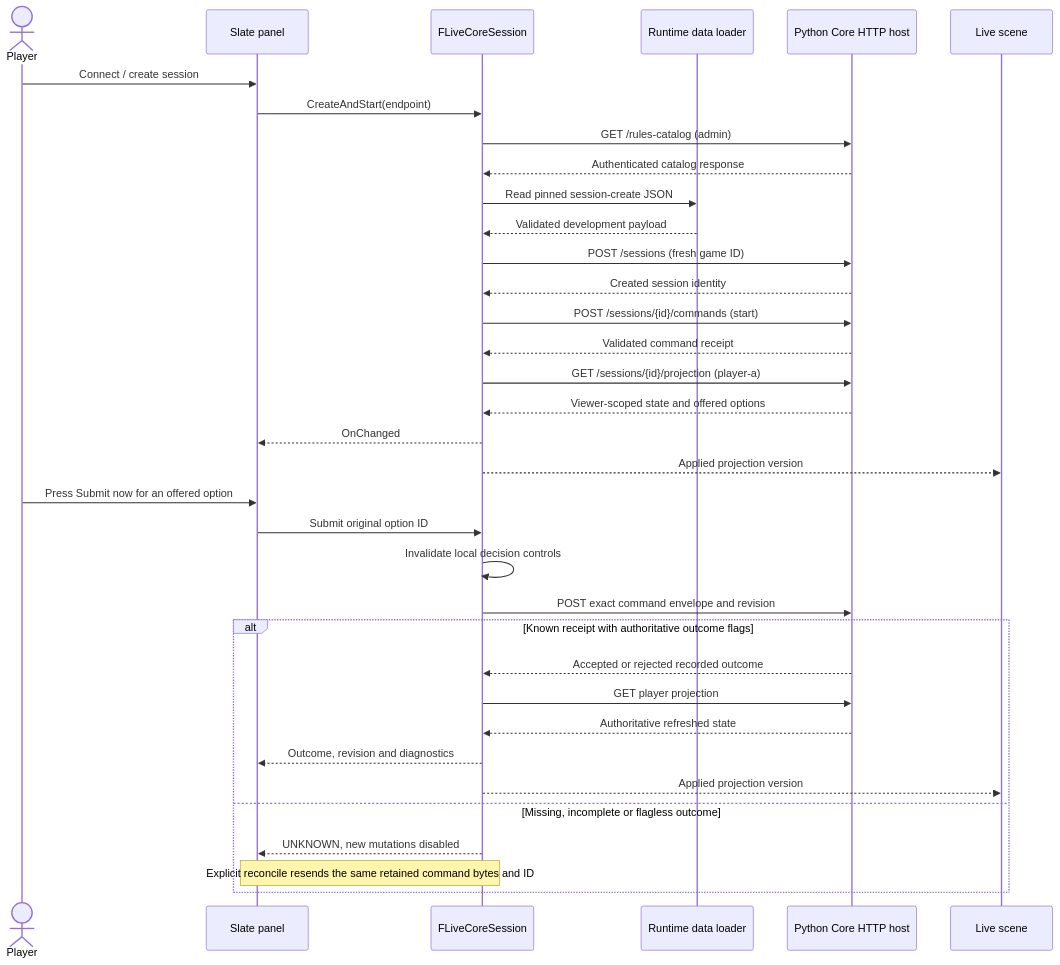
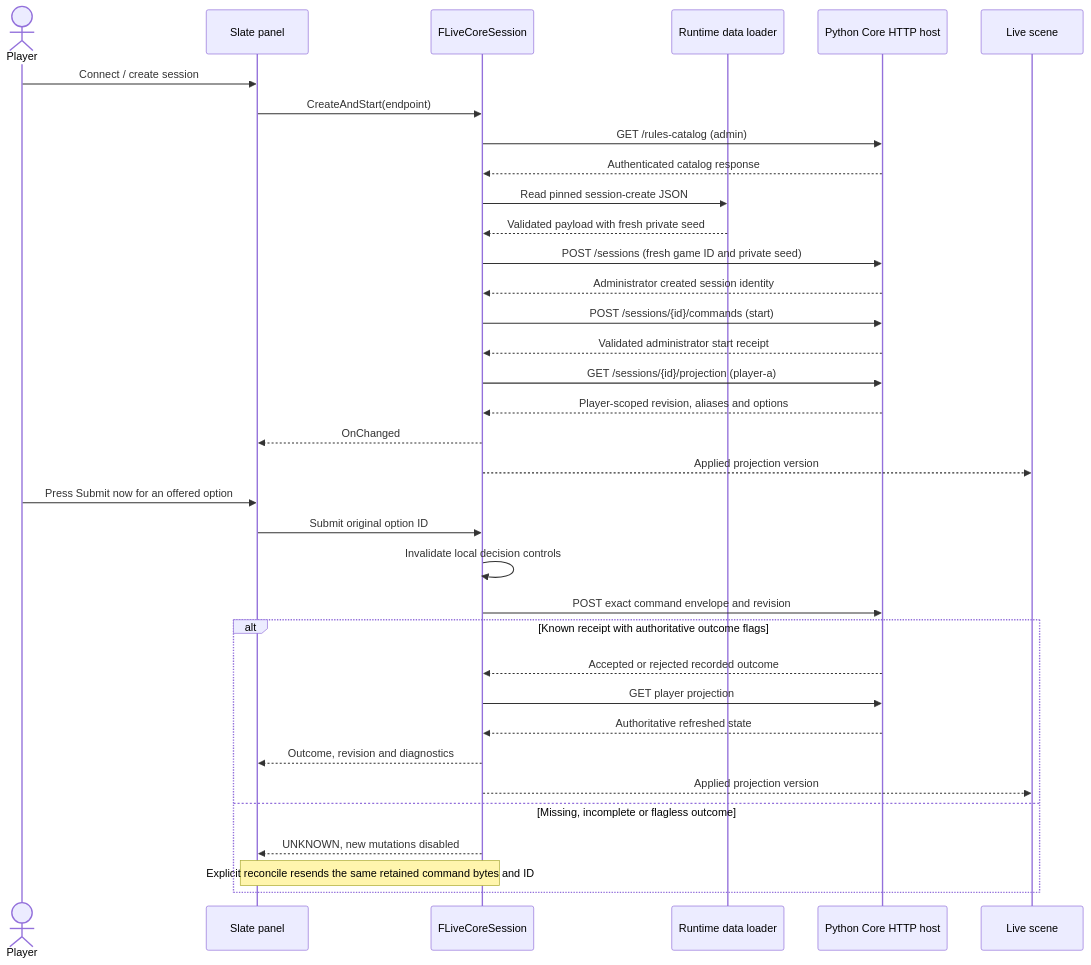
Before and after one commit to SobolGaming/Warhammer_40k_UI_unreal: the second of 2 diagrams in architecture.md, drawn with Mermaid. The commit also changed other lines of this file and 34 other files, not shown here.

Commit message:
Adapt existing session workflows to exact Core 46

````diff
--- a/architecture.md
+++ b/architecture.md
@@ -105,37 +107,37 @@
 ```mermaid
 sequenceDiagram
     actor Player
     participant UI as Slate panel
     participant Session as FLiveCoreSession
     participant Data as Runtime data loader
     participant Core as Python Core HTTP host
     participant Scene as Live scene
     Player->>UI: Connect / create session
     UI->>Session: CreateAndStart(endpoint)
     Session->>Core: GET /rules-catalog (admin)
     Core-->>Session: Authenticated catalog response
     Session->>Data: Read pinned session-create JSON
-    Data-->>Session: Validated development payload
-    Session->>Core: POST /sessions (fresh game ID)
-    Core-->>Session: Created session identity
+    Data-->>Session: Validated payload with fresh private seed
+    Session->>Core: POST /sessions (fresh game ID and private seed)
+    Core-->>Session: Administrator created session identity
     Session->>Core: POST /sessions/{id}/commands (start)
-    Core-->>Session: Validated command receipt
+    Core-->>Session: Validated administrator start receipt
     Session->>Core: GET /sessions/{id}/projection (player-a)
-    Core-->>Session: Viewer-scoped state and offered options
+    Core-->>Session: Player-scoped revision, aliases and options
     Session-->>UI: OnChanged
     Session-->>Scene: Applied projection version
     Player->>UI: Press Submit now for an offered option
     UI->>Session: Submit original option ID
     Session->>Session: Invalidate local decision controls
     Session->>Core: POST exact command envelope and revision
     alt Known receipt with authoritative outcome flags
         Core-->>Session: Accepted or rejected recorded outcome
         Session->>Core: GET player projection
         Core-->>Session: Authoritative refreshed state
         Session-->>UI: Outcome, revision and diagnostics
         Session-->>Scene: Applied projection version
     else Missing, incomplete or flagless outcome
         Session-->>UI: UNKNOWN, new mutations disabled
         Note over UI,Session: Explicit reconcile resends the same retained command bytes and ID
     end
 ```
````
